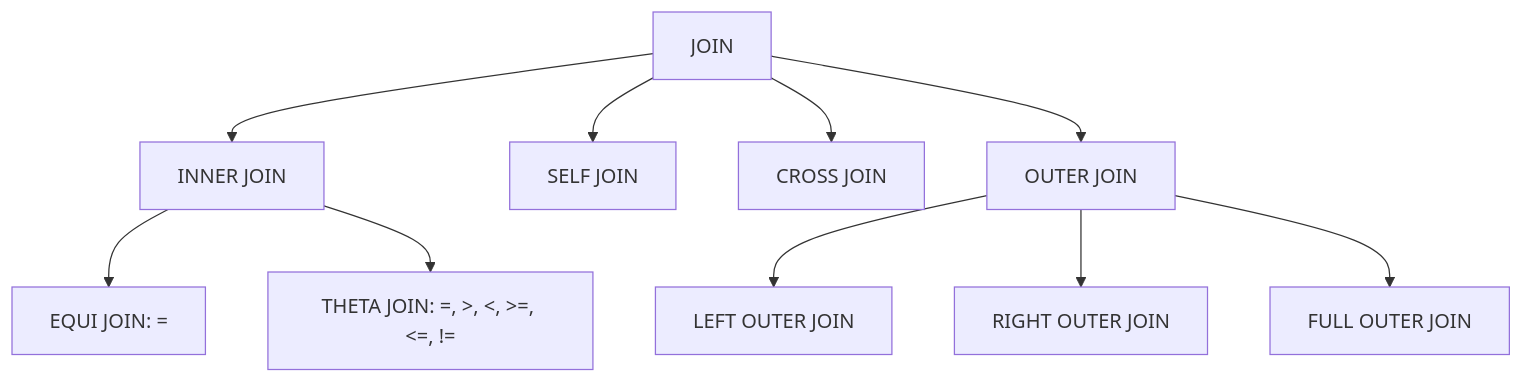
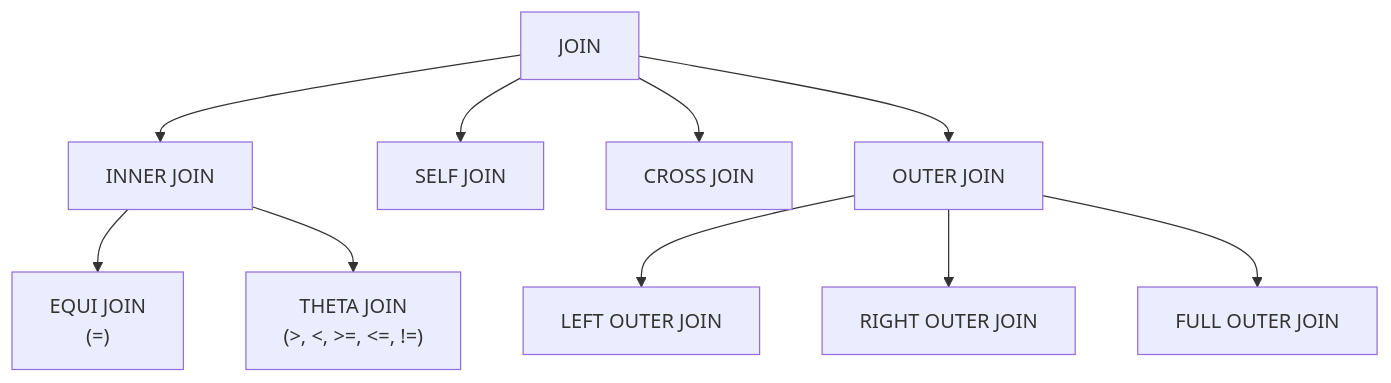
One commit to myPlutoZone/com.plutozone.knowledge changed the fifth of 11 diagrams in com/plutozone/knowledge/database/README.md. Above: the diagram before and after it, drawn with Mermaid.

````diff
--- a/com/plutozone/knowledge/database/README.md
+++ b/com/plutozone/knowledge/database/README.md
@@ -349,16 +349,16 @@
 ```mermaid
 flowchart TD
 JOIN[JOIN]
 
 JOIN --> INNER[INNER JOIN]
 JOIN --> SELF[SELF JOIN]
 JOIN --> CROSS[CROSS JOIN]
 JOIN --> OUTER[OUTER JOIN]
 
-INNER --> EQUI[EQUI JOIN: =]
-INNER --> THETA[THETA JOIN: =, >, <, >=, <=, !=]
+INNER --> EQUI["EQUI JOIN<br>(=)"]
+INNER --> THETA["THETA JOIN<br>(>, <, >=, <=, !=)"]
 
 OUTER --> LEFT[LEFT OUTER JOIN]
 OUTER --> RIGHT[RIGHT OUTER JOIN]
 OUTER --> FULL[FULL OUTER JOIN]
 ```
````
